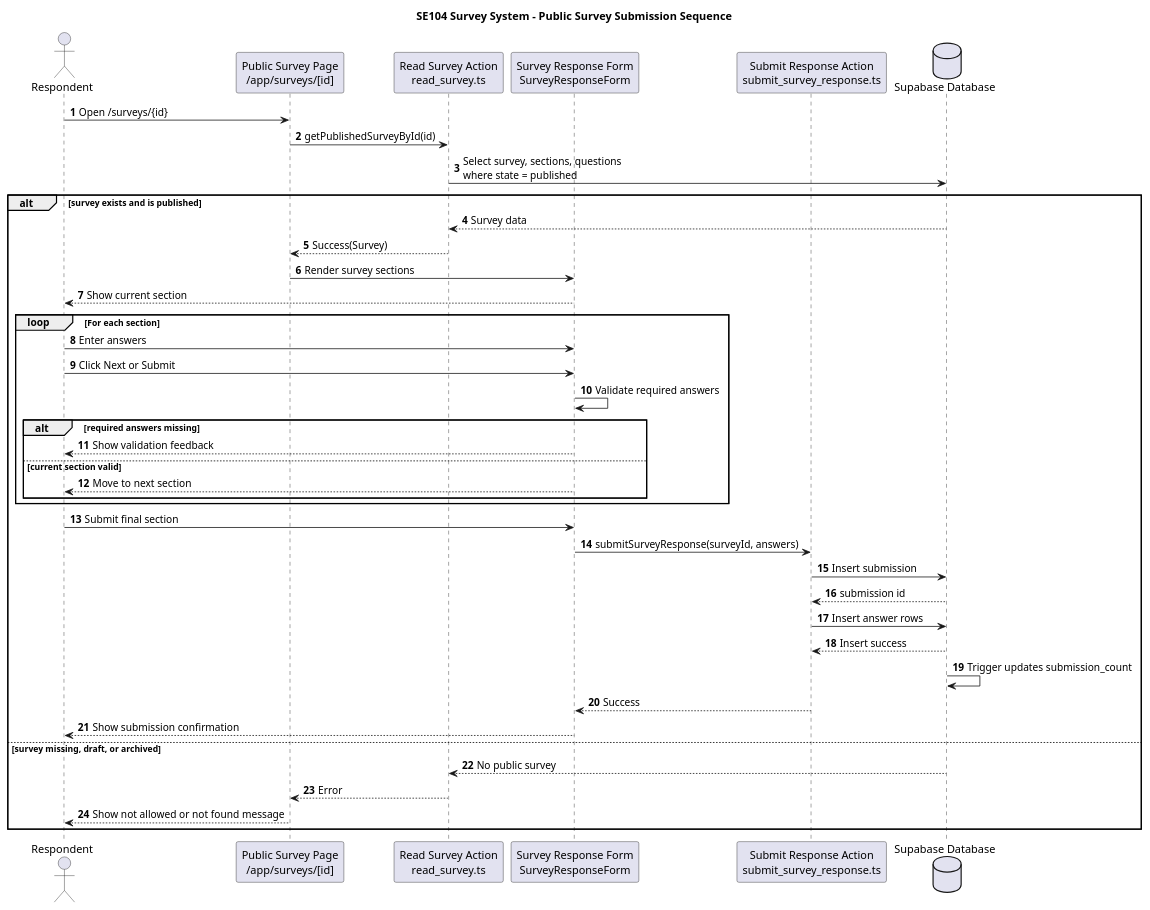
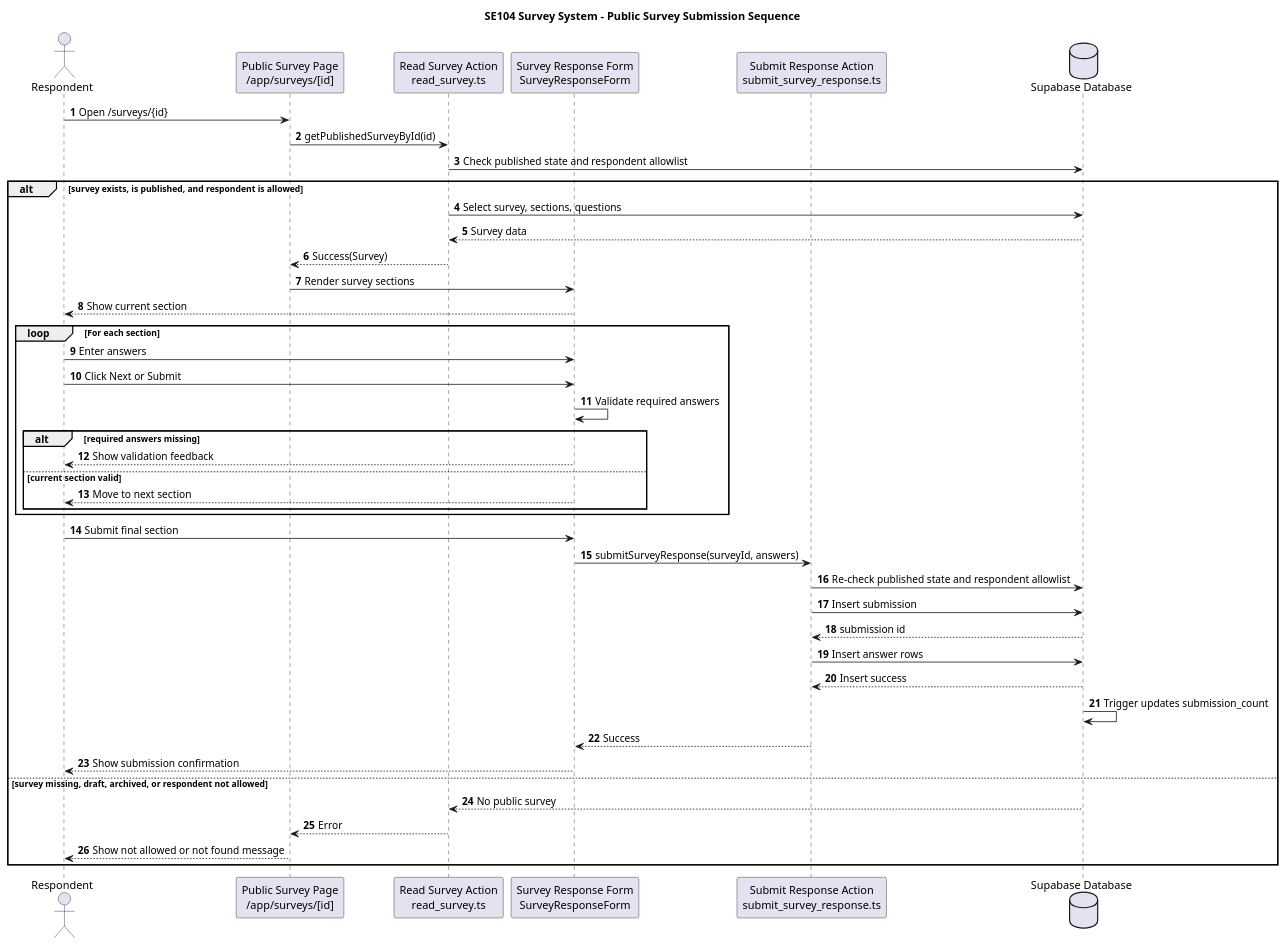
One commit to thaiminh2022/se104-survey-system changed the diagram in docs/diagrams/sequence/submit-survey-sequence.puml. Above: the diagram before and after it, drawn with PlantUML. The commit also changed 27 other files, not shown here.

```diff
--- a/docs/diagrams/sequence/submit-survey-sequence.puml
+++ b/docs/diagrams/sequence/submit-survey-sequence.puml
@@ -1,51 +1,53 @@
 @startuml
 title SE104 Survey System - Public Survey Submission Sequence
 
 skinparam shadowing false
 autonumber
 
 actor Respondent
 participant "Public Survey Page\n/app/surveys/[id]" as PublicPage
 participant "Read Survey Action\nread_survey.ts" as ReadSurvey
 participant "Survey Response Form\nSurveyResponseForm" as ResponseForm
 participant "Submit Response Action\nsubmit_survey_response.ts" as SubmitAction
 database "Supabase Database" as DB
 
 Respondent -> PublicPage: Open /surveys/{id}
 PublicPage -> ReadSurvey: getPublishedSurveyById(id)
-ReadSurvey -> DB: Select survey, sections, questions\nwhere state = published
+ReadSurvey -> DB: Check published state and respondent allowlist
 
-alt survey exists and is published
+alt survey exists, is published, and respondent is allowed
+  ReadSurvey -> DB: Select survey, sections, questions
   DB --> ReadSurvey: Survey data
   ReadSurvey --> PublicPage: Success(Survey)
   PublicPage -> ResponseForm: Render survey sections
   ResponseForm --> Respondent: Show current section
 
   loop For each section
     Respondent -> ResponseForm: Enter answers
     Respondent -> ResponseForm: Click Next or Submit
     ResponseForm -> ResponseForm: Validate required answers
 
     alt required answers missing
       ResponseForm --> Respondent: Show validation feedback
     else current section valid
       ResponseForm --> Respondent: Move to next section
     end
   end
 
   Respondent -> ResponseForm: Submit final section
   ResponseForm -> SubmitAction: submitSurveyResponse(surveyId, answers)
+  SubmitAction -> DB: Re-check published state and respondent allowlist
   SubmitAction -> DB: Insert submission
   DB --> SubmitAction: submission id
   SubmitAction -> DB: Insert answer rows
   DB --> SubmitAction: Insert success
   DB -> DB: Trigger updates submission_count
   SubmitAction --> ResponseForm: Success
   ResponseForm --> Respondent: Show submission confirmation
-else survey missing, draft, or archived
+else survey missing, draft, archived, or respondent not allowed
   DB --> ReadSurvey: No public survey
   ReadSurvey --> PublicPage: Error
   PublicPage --> Respondent: Show not allowed or not found message
 end
 
 @enduml
```
